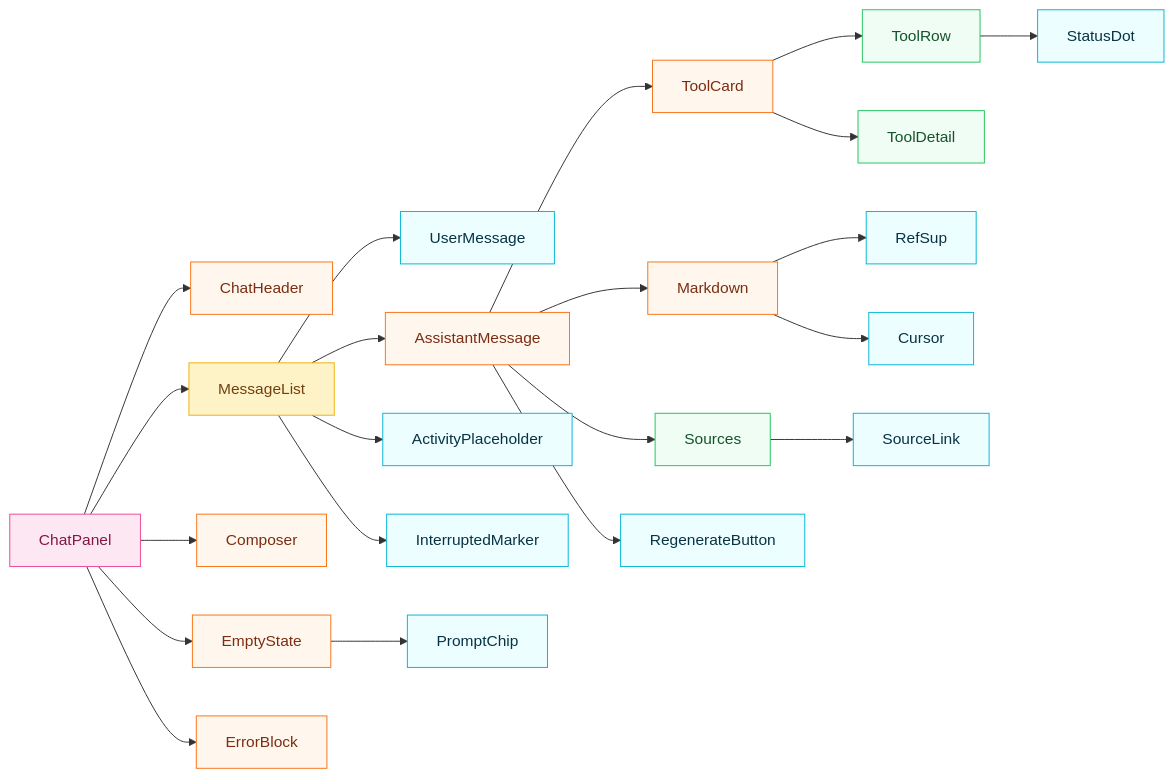
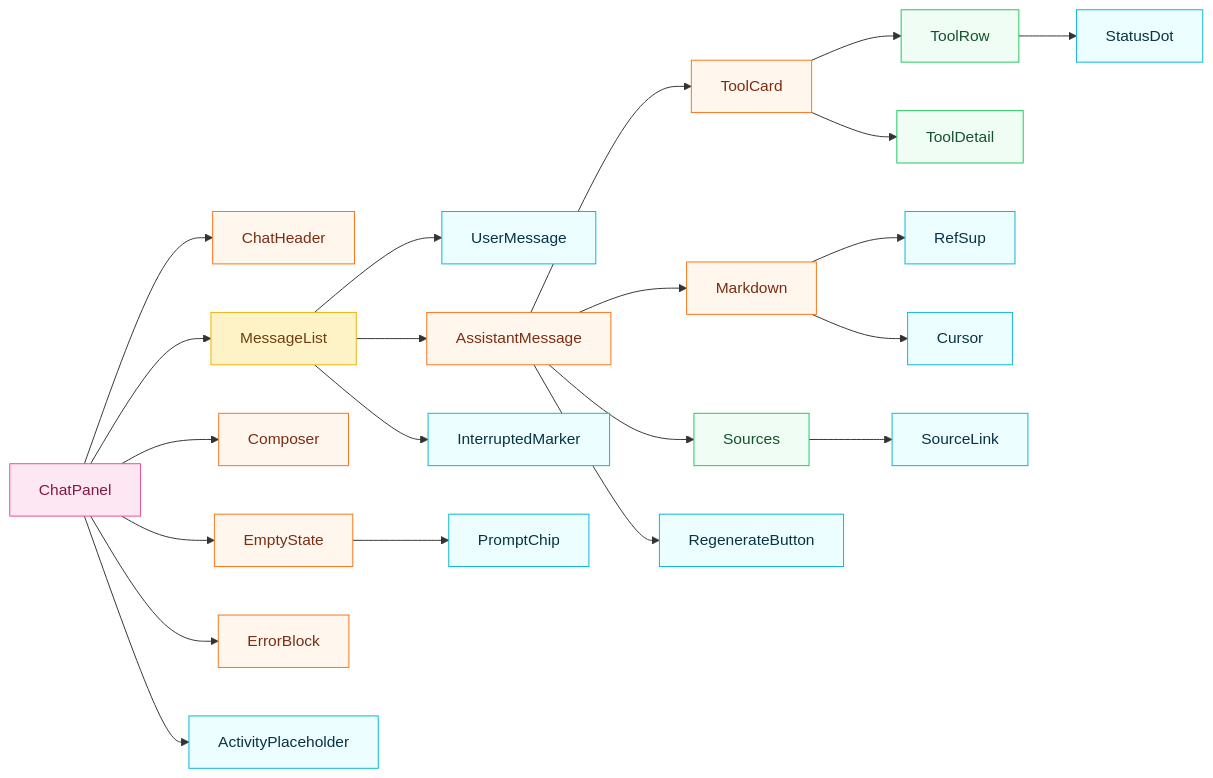
One commit to wei-yiting/fin-lab-x changed the second of 4 diagrams in docs/frontend_chat_architecture.md. Above: the diagram before and after it, drawn with Mermaid. The commit also changed other lines of this file and 21 other files, not shown here.

````diff
--- a/docs/frontend_chat_architecture.md
+++ b/docs/frontend_chat_architecture.md
@@ -94,41 +95,41 @@
 ```mermaid
 flowchart LR
     ChatPanel --> ChatHeader
     ChatPanel --> MessageList
     ChatPanel --> Composer
     ChatPanel --> EmptyState
     ChatPanel --> ErrorBlock
+    ChatPanel --> ActivityPlaceholder
 
     MessageList --> UserMessage
     MessageList --> AssistantMessage
-    MessageList --> ActivityPlaceholder
     MessageList --> InterruptedMarker
 
     AssistantMessage --> ToolCard
     AssistantMessage --> Markdown
     AssistantMessage --> Sources
     AssistantMessage --> RegenerateButton
 
     ToolCard --> ToolRow
     ToolCard --> ToolDetail
     ToolRow --> StatusDot
 
     Markdown --> RefSup
     Markdown --> Cursor
 
     Sources --> SourceLink
 
     EmptyState --> PromptChip
 
     classDef atomCls fill:#ecfeff,stroke:#06b6d4,color:#083344
     classDef moleculeCls fill:#f0fdf4,stroke:#22c55e,color:#14532d
     classDef organismCls fill:#fff7ed,stroke:#f97316,color:#7c2d12
     classDef templateCls fill:#fef3c7,stroke:#eab308,color:#713f12
     classDef pageCls fill:#fce7f3,stroke:#ec4899,color:#831843
 
     class StatusDot,RefSup,Cursor,ActivityPlaceholder,PromptChip,RegenerateButton,InterruptedMarker,SourceLink,UserMessage atomCls
     class ToolRow,ToolDetail,Sources moleculeCls
     class ChatHeader,AssistantMessage,ToolCard,Markdown,ErrorBlock,Composer,EmptyState organismCls
     class MessageList templateCls
     class ChatPanel pageCls
 ```
````
